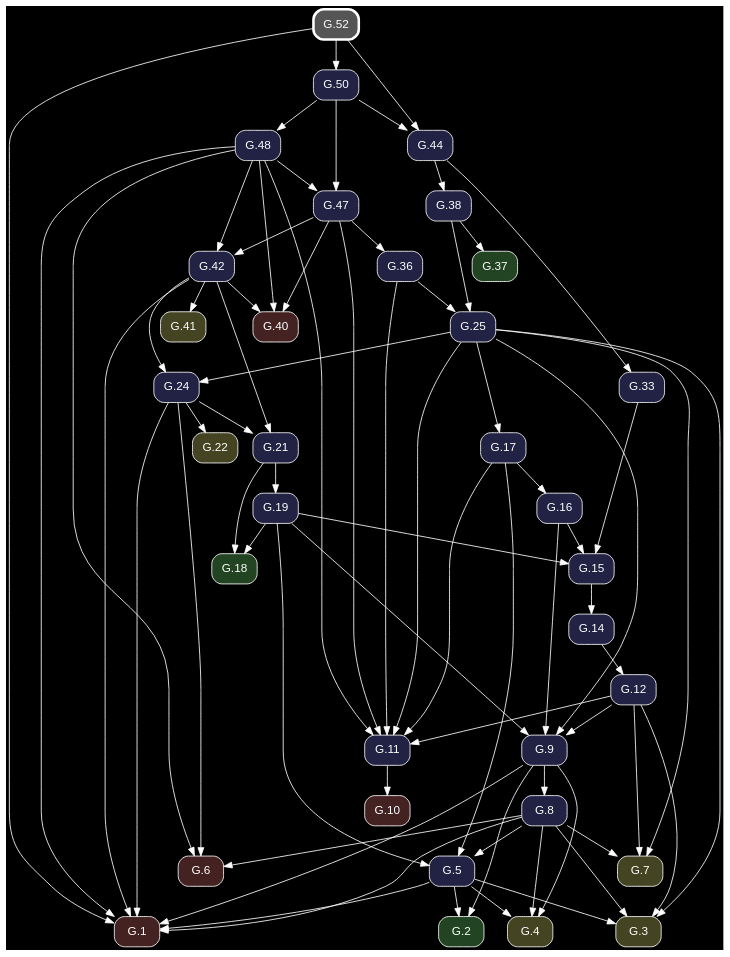
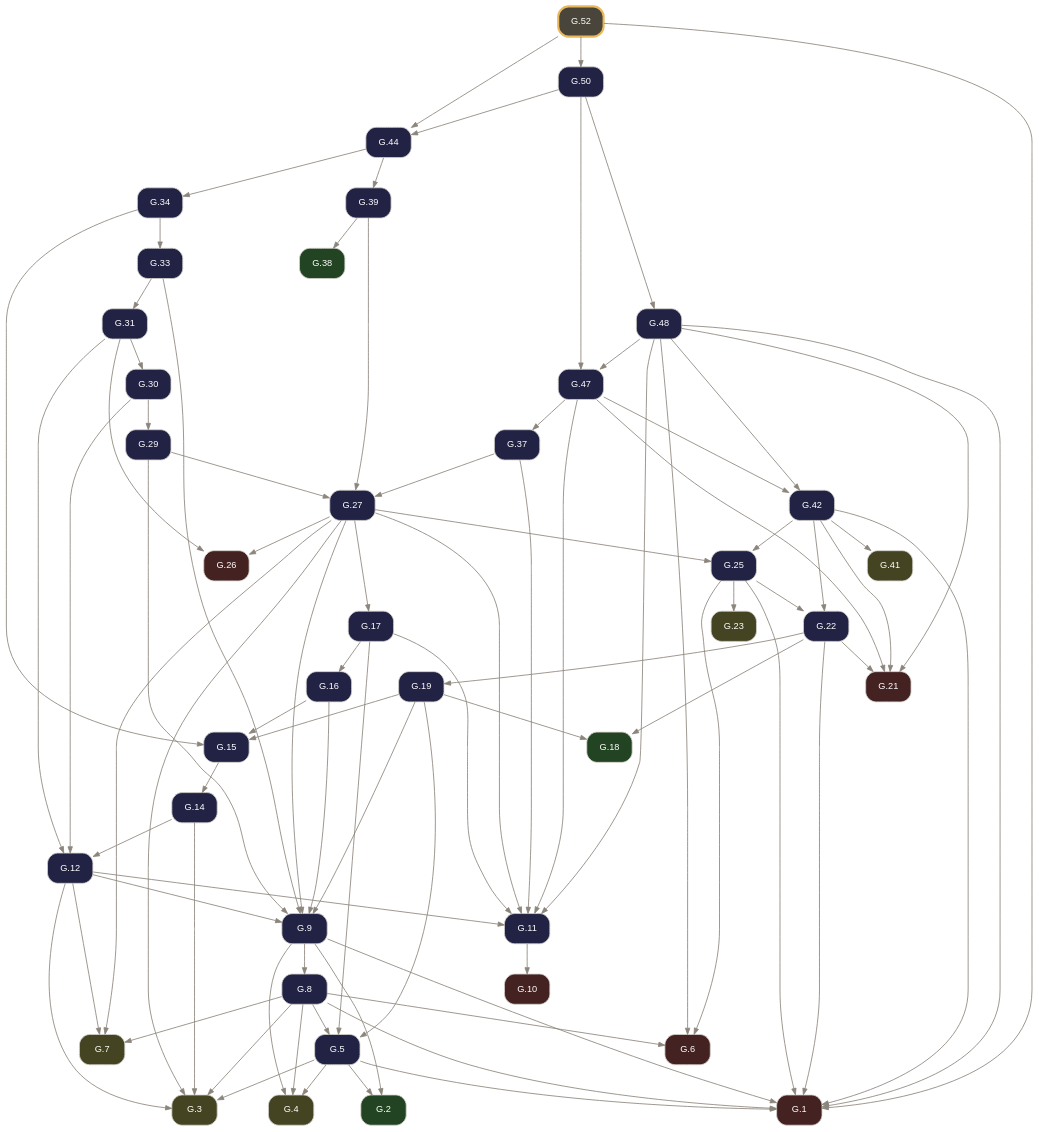
The diagram in docsrc/elements2/G.52/index.rst (geometor/elements), drawn with Graphviz before and after one commit. The commit also changed other lines of this file and 261 other files, not shown here.

Commit message:
feat: rebuild Elements 2.0 G-Index pipeline from composed Euclid Heath edition (v0.3.0)

```diff
--- a/docsrc/elements2/G.52/index.rst
+++ b/docsrc/elements2/G.52/index.rst
@@ -62,112 +65,131 @@
 .. graphviz::
 
    digraph {
-     bgcolor="black";
-     node [shape=box, style="rounded,filled", fontname="Helvetica", color="white", fontcolor="white"];
-     edge [color="white", fontcolor="white"];
+     bgcolor="transparent";
+     node [shape=box, style="rounded,filled", fontname="Helvetica", fontsize=11, color="#d6d3cd", fontcolor="#ffffff"];
+     edge [color="#8c857b", fontcolor="#8c857b", arrowsize=0.75];
      rankdir="TB";
-     "G.50" [label="G.50", fillcolor="#222244", URL="/elements2/G.50/", target="_top"];
-     "G.19" [label="G.19", fillcolor="#222244", URL="/elements2/G.19/", target="_top"];
-     "G.24" [label="G.24", fillcolor="#222244", URL="/elements2/G.24/", target="_top"];
-     "G.21" [label="G.21", fillcolor="#222244", URL="/elements2/G.21/", target="_top"];
-     "G.10" [label="G.10", fillcolor="#442222", URL="/elements2/G.10/", target="_top"];
-     "G.52" [label="G.52", penwidth=3, color="white", fillcolor="#555555", URL="/elements2/G.52/", target="_top"];
-     "G.42" [label="G.42", fillcolor="#222244", URL="/elements2/G.42/", target="_top"];
-     "G.17" [label="G.17", fillcolor="#222244", URL="/elements2/G.17/", target="_top"];
-     "G.15" [label="G.15", fillcolor="#222244", URL="/elements2/G.15/", target="_top"];
-     "G.3" [label="G.3", fillcolor="#444422", URL="/elements2/G.3/", target="_top"];
-     "G.5" [label="G.5", fillcolor="#222244", URL="/elements2/G.5/", target="_top"];
-     "G.1" [label="G.1", fillcolor="#442222", URL="/elements2/G.1/", target="_top"];
-     "G.2" [label="G.2", fillcolor="#224422", URL="/elements2/G.2/", target="_top"];
-     "G.12" [label="G.12", fillcolor="#222244", URL="/elements2/G.12/", target="_top"];
-     "G.22" [label="G.22", fillcolor="#444422", URL="/elements2/G.22/", target="_top"];
-     "G.8" [label="G.8", fillcolor="#222244", URL="/elements2/G.8/", target="_top"];
-     "G.25" [label="G.25", fillcolor="#222244", URL="/elements2/G.25/", target="_top"];
-     "G.18" [label="G.18", fillcolor="#224422", URL="/elements2/G.18/", target="_top"];
-     "G.40" [label="G.40", fillcolor="#442222", URL="/elements2/G.40/", target="_top"];
-     "G.4" [label="G.4", fillcolor="#444422", URL="/elements2/G.4/", target="_top"];
-     "G.16" [label="G.16", fillcolor="#222244", URL="/elements2/G.16/", target="_top"];
-     "G.6" [label="G.6", fillcolor="#442222", URL="/elements2/G.6/", target="_top"];
-     "G.38" [label="G.38", fillcolor="#222244", URL="/elements2/G.38/", target="_top"];
-     "G.48" [label="G.48", fillcolor="#222244", URL="/elements2/G.48/", target="_top"];
-     "G.7" [label="G.7", fillcolor="#444422", URL="/elements2/G.7/", target="_top"];
-     "G.41" [label="G.41", fillcolor="#444422", URL="/elements2/G.41/", target="_top"];
-     "G.14" [label="G.14", fillcolor="#222244", URL="/elements2/G.14/", target="_top"];
-     "G.36" [label="G.36", fillcolor="#222244", URL="/elements2/G.36/", target="_top"];
-     "G.9" [label="G.9", fillcolor="#222244", URL="/elements2/G.9/", target="_top"];
-     "G.37" [label="G.37", fillcolor="#224422", URL="/elements2/G.37/", target="_top"];
-     "G.11" [label="G.11", fillcolor="#222244", URL="/elements2/G.11/", target="_top"];
-     "G.44" [label="G.44", fillcolor="#222244", URL="/elements2/G.44/", target="_top"];
-     "G.33" [label="G.33", fillcolor="#222244", URL="/elements2/G.33/", target="_top"];
-     "G.47" [label="G.47", fillcolor="#222244", URL="/elements2/G.47/", target="_top"];
-     "G.52" -> "G.50";
-     "G.21" -> "G.19";
-     "G.25" -> "G.24";
-     "G.42" -> "G.24";
-     "G.24" -> "G.21";
-     "G.42" -> "G.21";
-     "G.11" -> "G.10";
-     "G.47" -> "G.42";
-     "G.48" -> "G.42";
-     "G.25" -> "G.17";
-     "G.19" -> "G.15";
-     "G.16" -> "G.15";
-     "G.33" -> "G.15";
+     "G.1" [label="G.1", tooltip="G.1 (I.cn.1)", fillcolor="#442222", URL="../G.1/index.html", target="_top"];
+     "G.2" [label="G.2", tooltip="G.2 (I.def.15)", fillcolor="#224422", URL="../G.2/index.html", target="_top"];
+     "G.3" [label="G.3", tooltip="G.3 (I.post.1)", fillcolor="#444422", URL="../G.3/index.html", target="_top"];
+     "G.4" [label="G.4", tooltip="G.4 (I.post.3)", fillcolor="#444422", URL="../G.4/index.html", target="_top"];
+     "G.5" [label="G.5", tooltip="G.5 (I.1)", fillcolor="#222244", URL="../G.5/index.html", target="_top"];
+     "G.6" [label="G.6", tooltip="G.6 (I.cn.3)", fillcolor="#442222", URL="../G.6/index.html", target="_top"];
+     "G.7" [label="G.7", tooltip="G.7 (I.post.2)", fillcolor="#444422", URL="../G.7/index.html", target="_top"];
+     "G.8" [label="G.8", tooltip="G.8 (I.2)", fillcolor="#222244", URL="../G.8/index.html", target="_top"];
+     "G.9" [label="G.9", tooltip="G.9 (I.3)", fillcolor="#222244", URL="../G.9/index.html", target="_top"];
+     "G.10" [label="G.10", tooltip="G.10 (I.cn.4)", fillcolor="#442222", URL="../G.10/index.html", target="_top"];
+     "G.11" [label="G.11", tooltip="G.11 (I.4)", fillcolor="#222244", URL="../G.11/index.html", target="_top"];
+     "G.12" [label="G.12", tooltip="G.12 (I.5)", fillcolor="#222244", URL="../G.12/index.html", target="_top"];
+     "G.14" [label="G.14", tooltip="G.14 (I.7)", fillcolor="#222244", URL="../G.14/index.html", target="_top"];
+     "G.15" [label="G.15", tooltip="G.15 (I.8)", fillcolor="#222244", URL="../G.15/index.html", target="_top"];
+     "G.16" [label="G.16", tooltip="G.16 (I.9)", fillcolor="#222244", URL="../G.16/index.html", target="_top"];
+     "G.17" [label="G.17", tooltip="G.17 (I.10)", fillcolor="#222244", URL="../G.17/index.html", target="_top"];
+     "G.18" [label="G.18", tooltip="G.18 (I.def.10)", fillcolor="#224422", URL="../G.18/index.html", target="_top"];
+     "G.19" [label="G.19", tooltip="G.19 (I.11)", fillcolor="#222244", URL="../G.19/index.html", target="_top"];
+     "G.21" [label="G.21", tooltip="G.21 (I.cn.2)", fillcolor="#442222", URL="../G.21/index.html", target="_top"];
+     "G.22" [label="G.22", tooltip="G.22 (I.13)", fillcolor="#222244", URL="../G.22/index.html", target="_top"];
+     "G.23" [label="G.23", tooltip="G.23 (I.post.4)", fillcolor="#444422", URL="../G.23/index.html", target="_top"];
+     "G.25" [label="G.25", tooltip="G.25 (I.15)", fillcolor="#222244", URL="../G.25/index.html", target="_top"];
+     "G.26" [label="G.26", tooltip="G.26 (I.cn.5)", fillcolor="#442222", URL="../G.26/index.html", target="_top"];
+     "G.27" [label="G.27", tooltip="G.27 (I.16)", fillcolor="#222244", URL="../G.27/index.html", target="_top"];
+     "G.29" [label="G.29", tooltip="G.29 (I.18)", fillcolor="#222244", URL="../G.29/index.html", target="_top"];
+     "G.30" [label="G.30", tooltip="G.30 (I.19)", fillcolor="#222244", URL="../G.30/index.html", target="_top"];
+     "G.31" [label="G.31", tooltip="G.31 (I.20)", fillcolor="#222244", URL="../G.31/index.html", target="_top"];
+     "G.33" [label="G.33", tooltip="G.33 (I.22)", fillcolor="#222244", URL="../G.33/index.html", target="_top"];
+     "G.34" [label="G.34", tooltip="G.34 (I.23)", fillcolor="#222244", URL="../G.34/index.html", target="_top"];
+     "G.37" [label="G.37", tooltip="G.37 (I.26)", fillcolor="#222244", URL="../G.37/index.html", target="_top"];
+     "G.38" [label="G.38", tooltip="G.38 (I.def.23)", fillcolor="#224422", URL="../G.38/index.html", target="_top"];
+     "G.39" [label="G.39", tooltip="G.39 (I.27)", fillcolor="#222244", URL="../G.39/index.html", target="_top"];
+     "G.41" [label="G.41", tooltip="G.41 (I.post.5)", fillcolor="#444422", URL="../G.41/index.html", target="_top"];
+     "G.42" [label="G.42", tooltip="G.42 (I.29)", fillcolor="#222244", URL="../G.42/index.html", target="_top"];
+     "G.44" [label="G.44", tooltip="G.44 (I.31)", fillcolor="#222244", URL="../G.44/index.html", target="_top"];
+     "G.47" [label="G.47", tooltip="G.47 (I.34)", fillcolor="#222244", URL="../G.47/index.html", target="_top"];
+     "G.48" [label="G.48", tooltip="G.48 (I.35)", fillcolor="#222244", URL="../G.48/index.html", target="_top"];
+     "G.50" [label="G.50", tooltip="G.50 (I.37)", fillcolor="#222244", URL="../G.50/index.html", target="_top"];
+     "G.52" [label="G.52", tooltip="G.52 (I.39)", penwidth=2.5, color="#e8b85a", fillcolor="#4a453b", URL="index.html", target="_top"];
+     "G.5" -> "G.1";
+     "G.8" -> "G.1";
+     "G.9" -> "G.1";
+     "G.22" -> "G.1";
+     "G.25" -> "G.1";
+     "G.42" -> "G.1";
+     "G.48" -> "G.1";
+     "G.52" -> "G.1";
+     "G.5" -> "G.2";
+     "G.9" -> "G.2";
      "G.5" -> "G.3";
-     "G.25" -> "G.3";
      "G.8" -> "G.3";
      "G.12" -> "G.3";
-     "G.19" -> "G.5";
-     "G.8" -> "G.5";
-     "G.17" -> "G.5";
-     "G.5" -> "G.1";
-     "G.24" -> "G.1";
-     "G.48" -> "G.1";
-     "G.8" -> "G.1";
-     "G.52" -> "G.1";
-     "G.42" -> "G.1";
-     "G.9" -> "G.1";
-     "G.5" -> "G.2";
-     "G.9" -> "G.2";
-     "G.14" -> "G.12";
-     "G.24" -> "G.22";
-     "G.9" -> "G.8";
-     "G.36" -> "G.25";
-     "G.38" -> "G.25";
-     "G.19" -> "G.18";
-     "G.21" -> "G.18";
-     "G.47" -> "G.40";
-     "G.48" -> "G.40";
-     "G.42" -> "G.40";
+     "G.14" -> "G.3";
+     "G.27" -> "G.3";
      "G.5" -> "G.4";
      "G.8" -> "G.4";
      "G.9" -> "G.4";
-     "G.17" -> "G.16";
-     "G.24" -> "G.6";
+     "G.8" -> "G.5";
+     "G.17" -> "G.5";
+     "G.19" -> "G.5";
+     "G.8" -> "G.6";
+     "G.25" -> "G.6";
      "G.48" -> "G.6";
-     "G.8" -> "G.6";
-     "G.44" -> "G.38";
-     "G.50" -> "G.48";
-     "G.25" -> "G.7";
      "G.8" -> "G.7";
      "G.12" -> "G.7";
-     "G.42" -> "G.41";
-     "G.15" -> "G.14";
-     "G.47" -> "G.36";
+     "G.27" -> "G.7";
+     "G.9" -> "G.8";
+     "G.12" -> "G.9";
+     "G.16" -> "G.9";
      "G.19" -> "G.9";
-     "G.25" -> "G.9";
-     "G.16" -> "G.9";
-     "G.12" -> "G.9";
-     "G.38" -> "G.37";
-     "G.36" -> "G.11";
+     "G.27" -> "G.9";
+     "G.29" -> "G.9";
+     "G.33" -> "G.9";
+     "G.11" -> "G.10";
+     "G.12" -> "G.11";
+     "G.17" -> "G.11";
+     "G.27" -> "G.11";
+     "G.37" -> "G.11";
      "G.47" -> "G.11";
      "G.48" -> "G.11";
-     "G.25" -> "G.11";
-     "G.17" -> "G.11";
-     "G.12" -> "G.11";
+     "G.14" -> "G.12";
+     "G.30" -> "G.12";
+     "G.31" -> "G.12";
+     "G.15" -> "G.14";
+     "G.16" -> "G.15";
+     "G.19" -> "G.15";
+     "G.34" -> "G.15";
+     "G.17" -> "G.16";
+     "G.27" -> "G.17";
+     "G.19" -> "G.18";
+     "G.22" -> "G.18";
+     "G.22" -> "G.19";
+     "G.22" -> "G.21";
+     "G.42" -> "G.21";
+     "G.47" -> "G.21";
+     "G.48" -> "G.21";
+     "G.25" -> "G.22";
+     "G.42" -> "G.22";
+     "G.25" -> "G.23";
+     "G.27" -> "G.25";
+     "G.42" -> "G.25";
+     "G.27" -> "G.26";
+     "G.31" -> "G.26";
+     "G.29" -> "G.27";
+     "G.37" -> "G.27";
+     "G.39" -> "G.27";
+     "G.30" -> "G.29";
+     "G.31" -> "G.30";
+     "G.33" -> "G.31";
+     "G.34" -> "G.33";
+     "G.44" -> "G.34";
+     "G.47" -> "G.37";
+     "G.39" -> "G.38";
+     "G.44" -> "G.39";
+     "G.42" -> "G.41";
+     "G.47" -> "G.42";
+     "G.48" -> "G.42";
+     "G.50" -> "G.44";
      "G.52" -> "G.44";
-     "G.50" -> "G.44";
-     "G.44" -> "G.33";
      "G.48" -> "G.47";
      "G.50" -> "G.47";
+     "G.50" -> "G.48";
+     "G.52" -> "G.50";
    }
```
